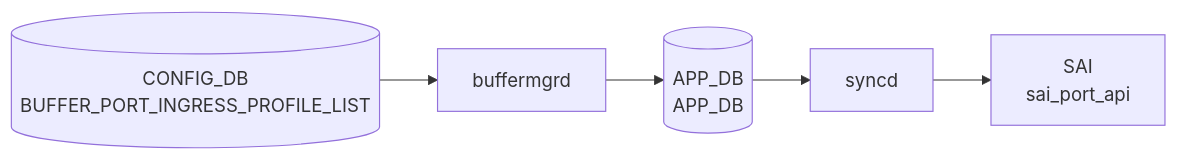
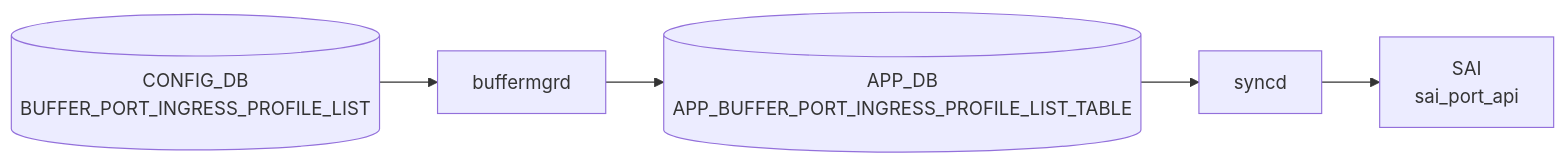
The diagram in docs/reference/config-db/buffer-port-ingress-profile-list.md (aoki-taquan/sonic-unofficial-docs), drawn with Mermaid before and after one commit. The commit also changed other lines of this file and 17 other files, not shown here.

````diff
--- a/docs/reference/config-db/buffer-port-ingress-profile-list.md
+++ b/docs/reference/config-db/buffer-port-ingress-profile-list.md
@@ -35,12 +35,12 @@
 ```mermaid
 flowchart LR
   CDB[("CONFIG_DB<br/>BUFFER_PORT_INGRESS_PROFILE_LIST")]
   DM["buffermgrd"]
   CDB --> DM
-  APPDB[("APP_DB<br/>APP_DB")]
+  APPDB[("APP_DB<br/>APP_BUFFER_PORT_INGRESS_PROFILE_LIST_TABLE")]
   DM --> APPDB
   SYNCD["syncd"]
   APPDB --> SYNCD
   SAI["SAI<br/>sai_port_api"]
   SYNCD --> SAI
 ```
````
